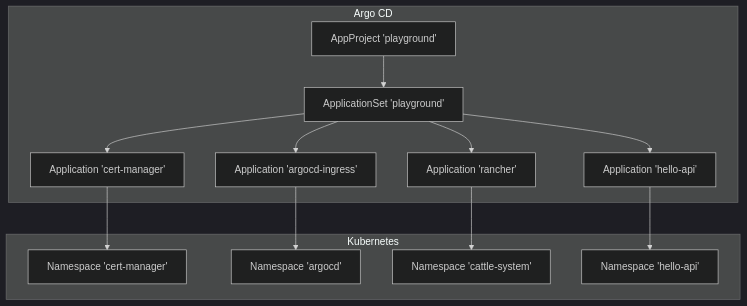
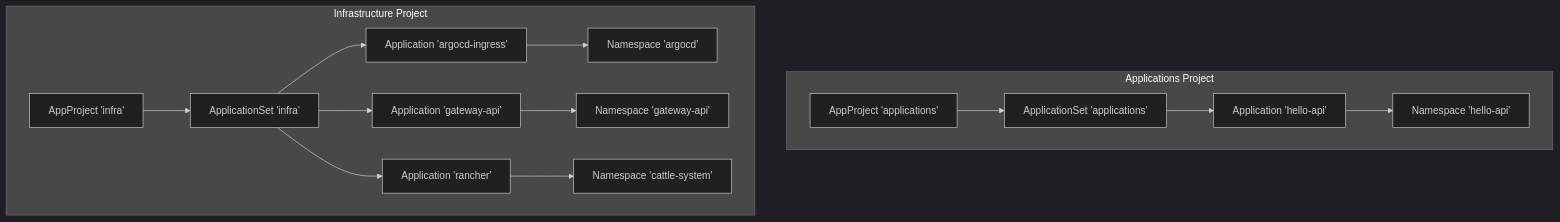
The second of 7 diagrams in .qoder/repowiki/en/content/Project Management/Playground Projects.md (Hoangvu75/k8s_manifest), drawn with Mermaid (dark theme) before and after one commit. The commit also changed other lines of this file and 24 other files, not shown here.

````diff
--- a/.qoder/repowiki/en/content/Project Management/Playground Projects.md
+++ b/.qoder/repowiki/en/content/Project Management/Playground Projects.md
@@ -92,26 +117,29 @@
 ```mermaid
 graph TB
-subgraph "Argo CD"
-AP["AppProject 'playground'"]
-AS["ApplicationSet 'playground'"]
-APP_CM["Application 'cert-manager'"]
-APP_AI["Application 'argocd-ingress'"]
-APP_R["Application 'rancher'"]
+subgraph "Applications Project"
+AP["AppProject 'applications'"]
+AS["ApplicationSet 'applications'"]
 APP_HA["Application 'hello-api'"]
-end
-subgraph "Kubernetes"
-NS_CM["Namespace 'cert-manager'"]
-NS_ARGO["Namespace 'argocd'"]
-NS_R["Namespace 'cattle-system'"]
 NS_HA["Namespace 'hello-api'"]
 end
+subgraph "Infrastructure Project"
+IP["AppProject 'infra'"]
+IS["ApplicationSet 'infra'"]
+APP_AI["Application 'argocd-ingress'"]
+APP_GA["Application 'gateway-api'"]
+APP_R["Application 'rancher'"]
+NS_ARGO["Namespace 'argocd'"]
+NS_GATEWAY["Namespace 'gateway-api'"]
+NS_R["Namespace 'cattle-system'"]
+end
 AP --> AS
-AS --> APP_CM
-AS --> APP_AI
-AS --> APP_R
 AS --> APP_HA
-APP_CM --> NS_CM
+IP --> IS
+IS --> APP_AI
+IS --> APP_GA
+IS --> APP_R
+APP_HA --> NS_HA
 APP_AI --> NS_ARGO
+APP_GA --> NS_GATEWAY
 APP_R --> NS_R
-APP_HA --> NS_HA
 ```
````
